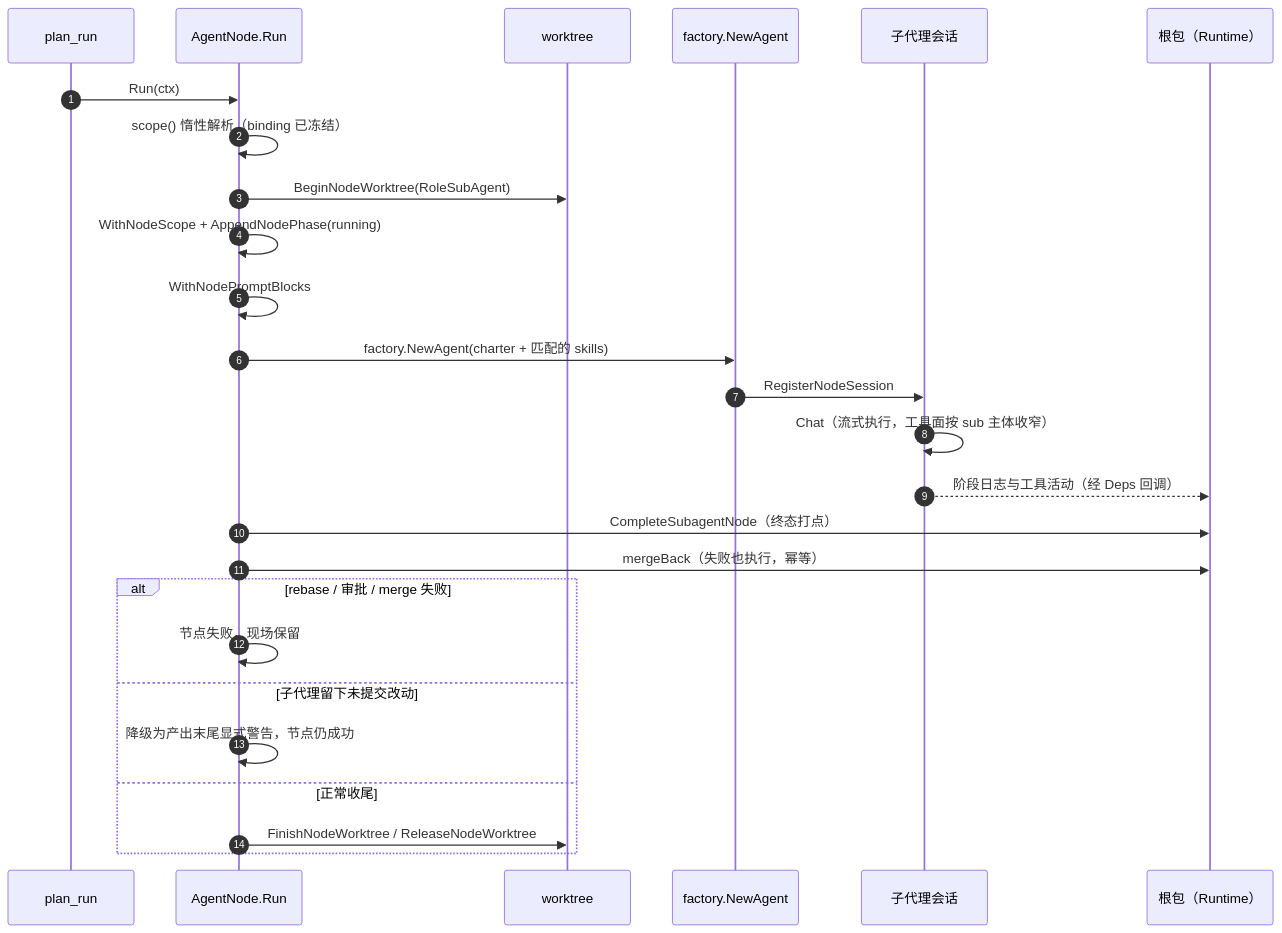
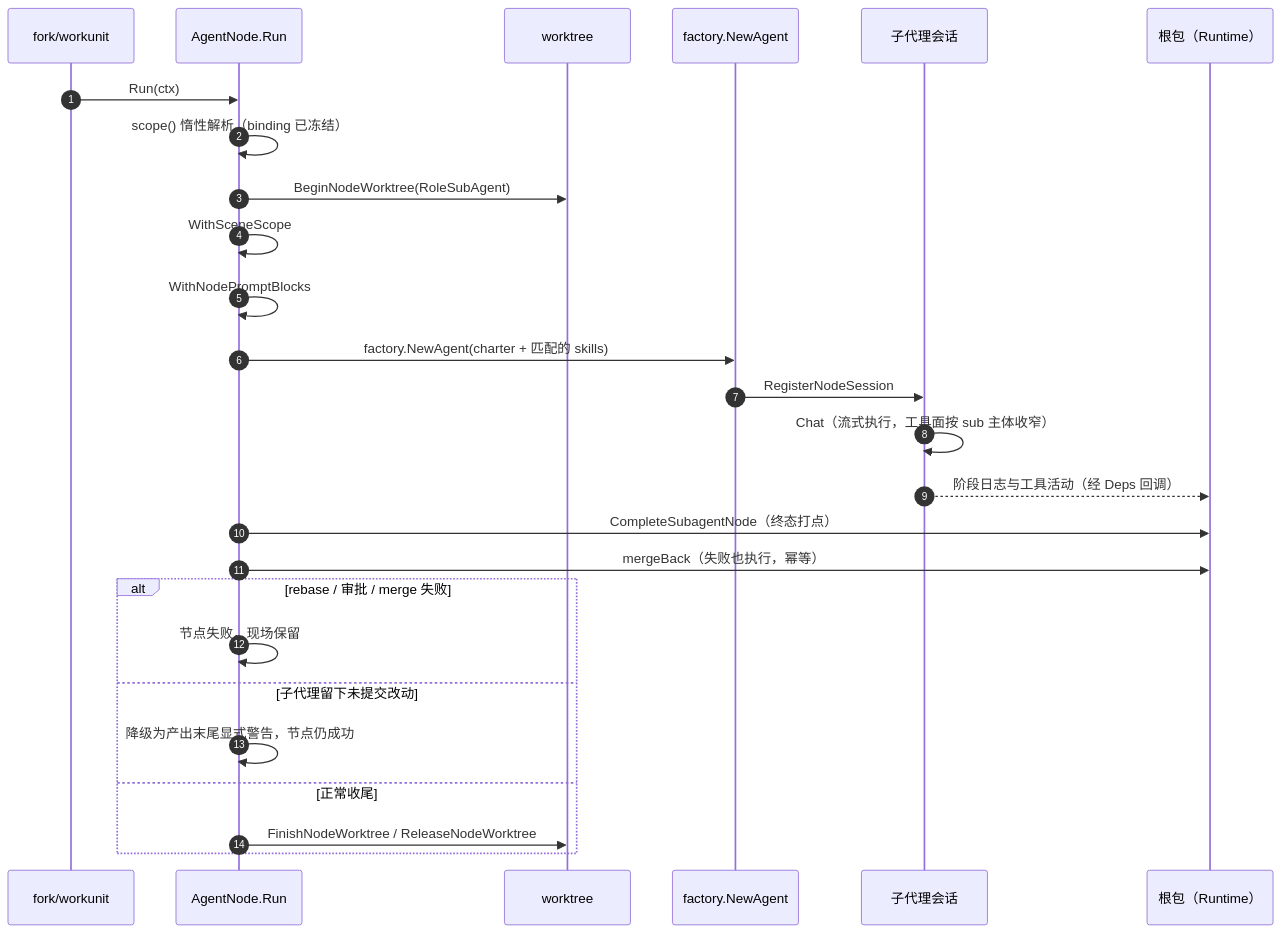
Before and after one commit to RedHuang-0622/seelex: the second of 2 diagrams in backend/tool/node/README.md, drawn with Mermaid. The commit also changed other lines of this file and 67 other files, not shown here.

Commit message:
refactor(node): NodeScope 退役为 SceneScope；worktree 收尾归 workunit

````diff
--- a/backend/tool/node/README.md
+++ b/backend/tool/node/README.md
@@ -28,29 +28,29 @@
 ```mermaid
 sequenceDiagram
     autonumber
-    participant P as plan_run
+    participant P as fork/workunit
     participant N as AgentNode.Run
     participant W as worktree
     participant F as factory.NewAgent
     participant S as 子代理会话
     participant R as 根包（Runtime）
 
     P->>N: Run(ctx)
     N->>N: scope() 惰性解析（binding 已冻结）
     N->>W: BeginNodeWorktree(RoleSubAgent)
-    N->>N: WithNodeScope + AppendNodePhase(running)
+    N->>N: WithSceneScope
     N->>N: WithNodePromptBlocks
     N->>F: factory.NewAgent(charter + 匹配的 skills)
     F->>S: RegisterNodeSession
     S->>S: Chat（流式执行，工具面按 sub 主体收窄）
     S-->>R: 阶段日志与工具活动（经 Deps 回调）
     N->>R: CompleteSubagentNode（终态打点）
     N->>R: mergeBack（失败也执行，幂等）
     alt rebase / 审批 / merge 失败
         N->>N: 节点失败，现场保留
     else 子代理留下未提交改动
         N->>N: 降级为产出末尾显式警告，节点仍成功
     else 正常收尾
         N->>W: FinishNodeWorktree / ReleaseNodeWorktree
     end
 ```
````
